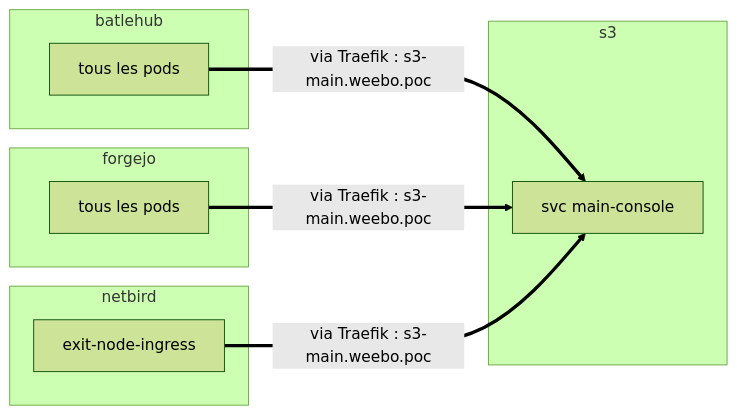
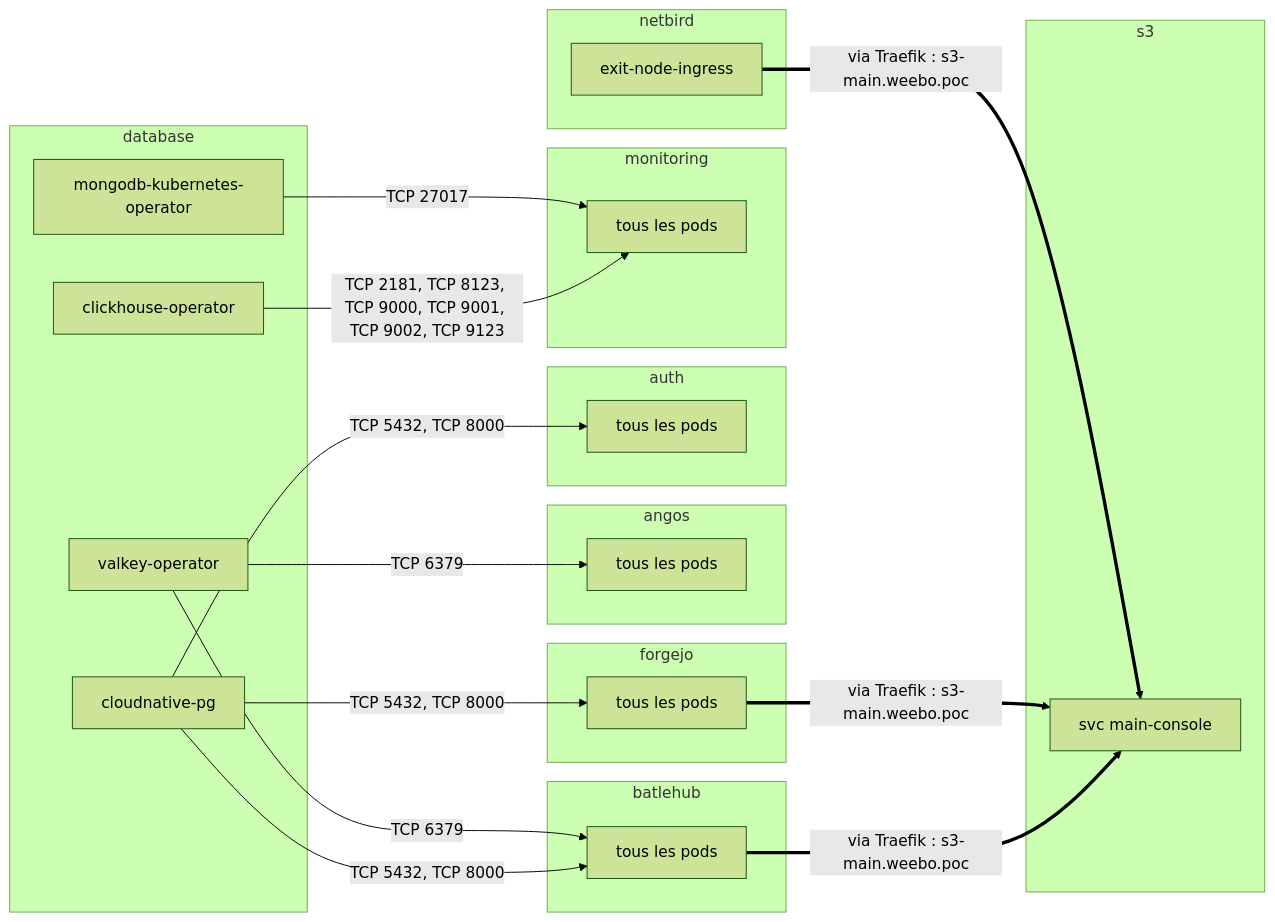
Before and after one commit to batleforc/weebo-si: the second of 2 diagrams in 0.docs/content/docs/security/network-flows/database.mdx, drawn with Mermaid (forest theme). The commit also changed other lines of this file and 10 other files, not shown here.

First line of the commit message:
feat(cilium): default deny wave 3, ingress for database, monitoring, auth, cert-manager, external-secrets and vault-operator

````diff
--- a/0.docs/content/docs/security/network-flows/database.mdx
+++ b/0.docs/content/docs/security/network-flows/database.mdx
@@ -44,18 +49,40 @@
 ```mermaid
 flowchart LR
+  subgraph ns_angos["angos"]
+    n_ns_angos_86cc70["tous les pods"]
+  end
+  subgraph ns_auth["auth"]
+    n_ns_auth_895bb8["tous les pods"]
+  end
   subgraph ns_batlehub["batlehub"]
     n_ns_batlehub_62b5f7["tous les pods"]
   end
+  subgraph ns_database["database"]
+    n_ns_database_89cec4["clickhouse-operator"]
+    n_ns_database_7191e8["cloudnative-pg"]
+    n_ns_database_a3a908["mongodb-kubernetes-operator"]
+    n_ns_database_7ef0dc["valkey-operator"]
+  end
   subgraph ns_forgejo["forgejo"]
     n_ns_forgejo_90cc22["tous les pods"]
+  end
+  subgraph ns_monitoring["monitoring"]
+    n_ns_monitoring_1d4c40["tous les pods"]
   end
   subgraph ns_netbird["netbird"]
     n_ns_netbird_45c447["exit-node-ingress"]
   end
   subgraph ns_s3["s3"]
     n_ns_s3_aa1591["svc main-console"]
   end
   n_ns_batlehub_62b5f7 ==>|"via Traefik : s3-main.weebo.poc"| n_ns_s3_aa1591
+  n_ns_database_89cec4 -->|"TCP 2181, TCP 8123, TCP 9000, TCP 9001, TCP 9002, TCP 9123"| n_ns_monitoring_1d4c40
+  n_ns_database_7191e8 -->|"TCP 5432, TCP 8000"| n_ns_auth_895bb8
+  n_ns_database_7191e8 -->|"TCP 5432, TCP 8000"| n_ns_batlehub_62b5f7
+  n_ns_database_7191e8 -->|"TCP 5432, TCP 8000"| n_ns_forgejo_90cc22
+  n_ns_database_a3a908 -->|"TCP 27017"| n_ns_monitoring_1d4c40
+  n_ns_database_7ef0dc -->|"TCP 6379"| n_ns_angos_86cc70
+  n_ns_database_7ef0dc -->|"TCP 6379"| n_ns_batlehub_62b5f7
   n_ns_forgejo_90cc22 ==>|"via Traefik : s3-main.weebo.poc"| n_ns_s3_aa1591
   n_ns_netbird_45c447 ==>|"via Traefik : s3-main.weebo.poc"| n_ns_s3_aa1591
 ```
````
